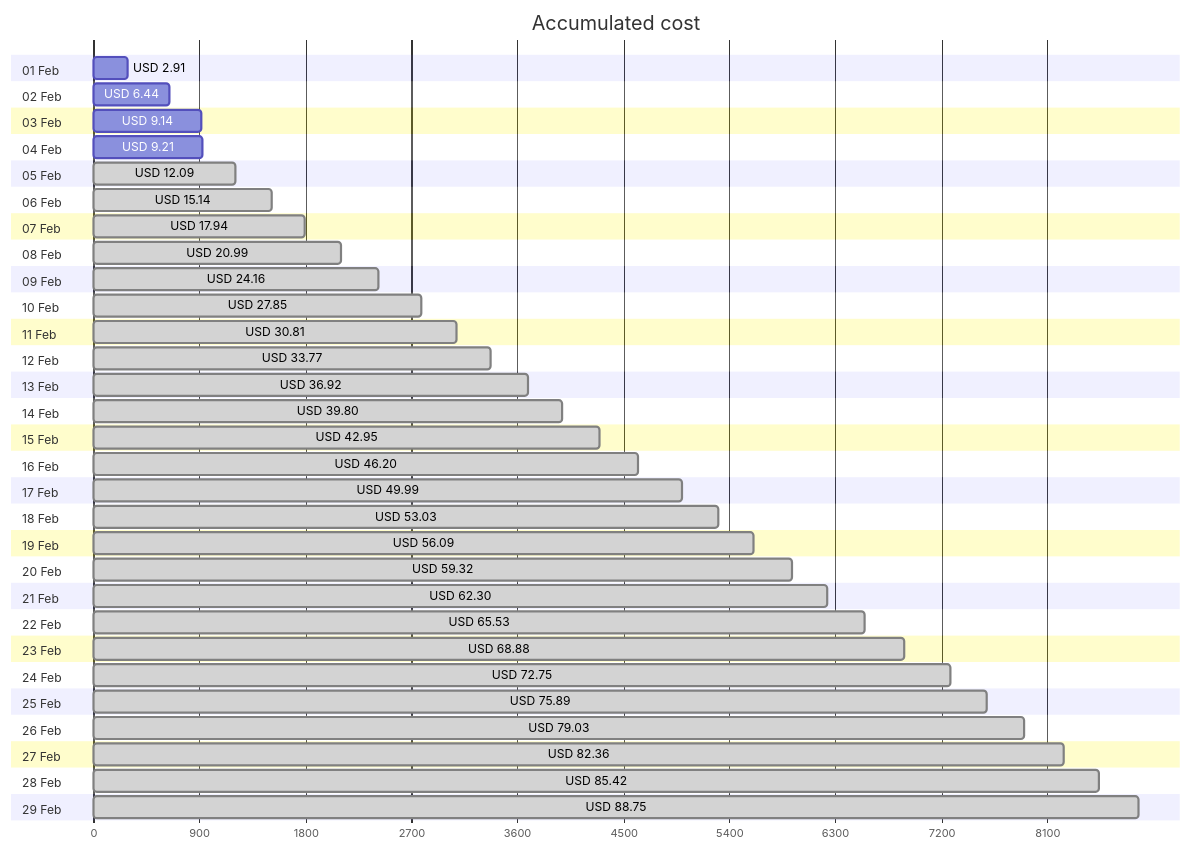
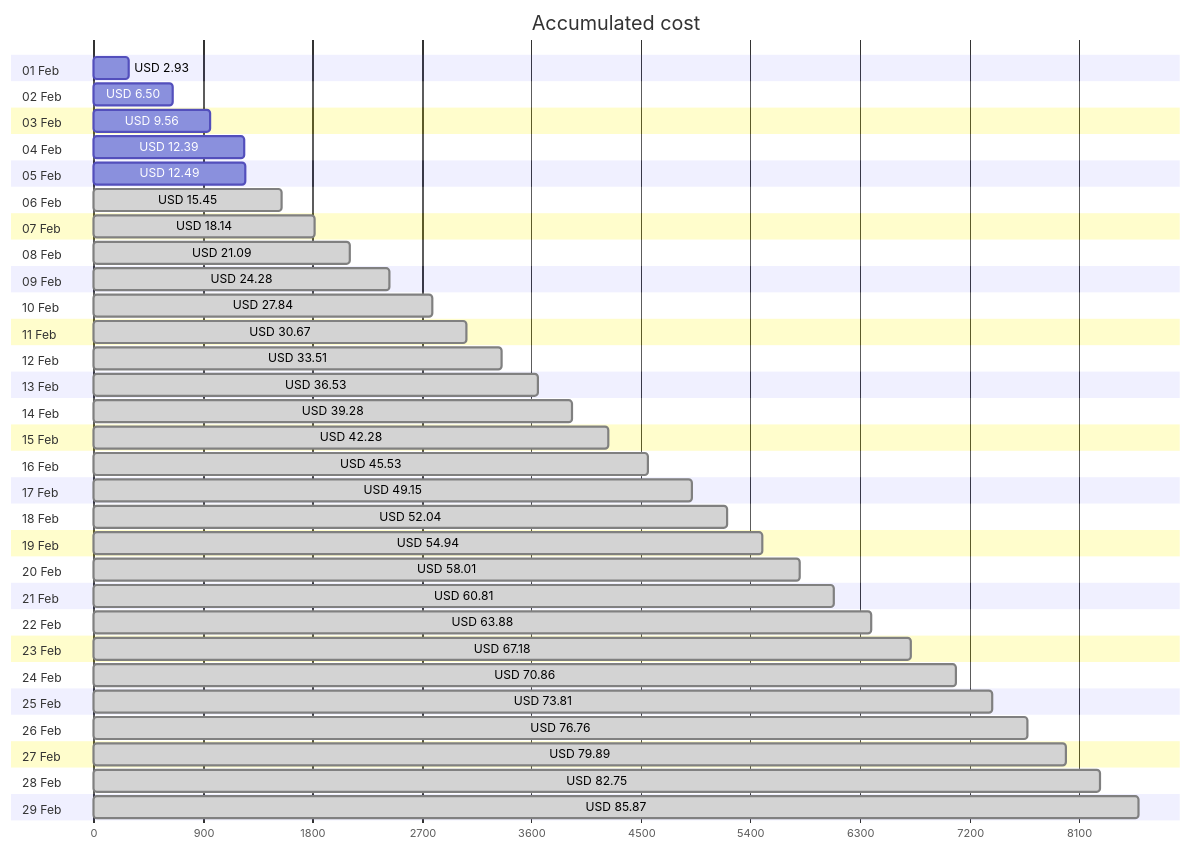
One commit to jpfulton/azure-personal-reports changed the first of 4 diagrams in cost-reports/accumulated-cost.md. Above: the diagram before and after it, drawn with Mermaid. The commit also changed other lines of this file and 4 other files, not shown here.

````diff
--- a/cost-reports/accumulated-cost.md
+++ b/cost-reports/accumulated-cost.md
@@ -20,64 +20,64 @@
 ```mermaid
 gantt
    title Accumulated cost
    dateFormat  X
    axisFormat %s
    section 01 Feb
-   USD 2.91 :0, 291
+   USD 2.93 :0, 293
    section 02 Feb
-   USD 6.44 :0, 644
+   USD 6.50 :0, 650
    section 03 Feb
-   USD 9.14 :0, 914
+   USD 9.56 :0, 956
    section 04 Feb
-   USD 9.21 :0, 921
+   USD 12.39 :0, 1239
    section 05 Feb
-   USD 12.09 : done, 0, 1209
+   USD 12.49 :0, 1249
    section 06 Feb
-   USD 15.14 : done, 0, 1514
+   USD 15.45 : done, 0, 1545
    section 07 Feb
-   USD 17.94 : done, 0, 1794
+   USD 18.14 : done, 0, 1814
    section 08 Feb
-   USD 20.99 : done, 0, 2099
+   USD 21.09 : done, 0, 2109
    section 09 Feb
-   USD 24.16 : done, 0, 2416
+   USD 24.28 : done, 0, 2428
    section 10 Feb
-   USD 27.85 : done, 0, 2785
+   USD 27.84 : done, 0, 2784
    section 11 Feb
-   USD 30.81 : done, 0, 3081
+   USD 30.67 : done, 0, 3067
    section 12 Feb
-   USD 33.77 : done, 0, 3377
+   USD 33.51 : done, 0, 3351
    section 13 Feb
-   USD 36.92 : done, 0, 3692
+   USD 36.53 : done, 0, 3653
    section 14 Feb
-   USD 39.80 : done, 0, 3980
+   USD 39.28 : done, 0, 3928
    section 15 Feb
-   USD 42.95 : done, 0, 4295
+   USD 42.28 : done, 0, 4228
    section 16 Feb
-   USD 46.20 : done, 0, 4620
+   USD 45.53 : done, 0, 4553
    section 17 Feb
-   USD 49.99 : done, 0, 4999
+   USD 49.15 : done, 0, 4915
    section 18 Feb
-   USD 53.03 : done, 0, 5303
+   USD 52.04 : done, 0, 5204
    section 19 Feb
-   USD 56.09 : done, 0, 5609
+   USD 54.94 : done, 0, 5494
    section 20 Feb
-   USD 59.32 : done, 0, 5932
+   USD 58.01 : done, 0, 5801
    section 21 Feb
-   USD 62.30 : done, 0, 6230
+   USD 60.81 : done, 0, 6081
    section 22 Feb
-   USD 65.53 : done, 0, 6553
+   USD 63.88 : done, 0, 6388
    section 23 Feb
-   USD 68.88 : done, 0, 6888
+   USD 67.18 : done, 0, 6718
    section 24 Feb
-   USD 72.75 : done, 0, 7275
+   USD 70.86 : done, 0, 7086
    section 25 Feb
-   USD 75.89 : done, 0, 7589
+   USD 73.81 : done, 0, 7381
    section 26 Feb
-   USD 79.03 : done, 0, 7903
+   USD 76.76 : done, 0, 7676
    section 27 Feb
-   USD 82.36 : done, 0, 8236
+   USD 79.89 : done, 0, 7989
    section 28 Feb
-   USD 85.42 : done, 0, 8542
+   USD 82.75 : done, 0, 8275
    section 29 Feb
-   USD 88.75 : done, 0, 8875
+   USD 85.87 : done, 0, 8587
 ```
````
